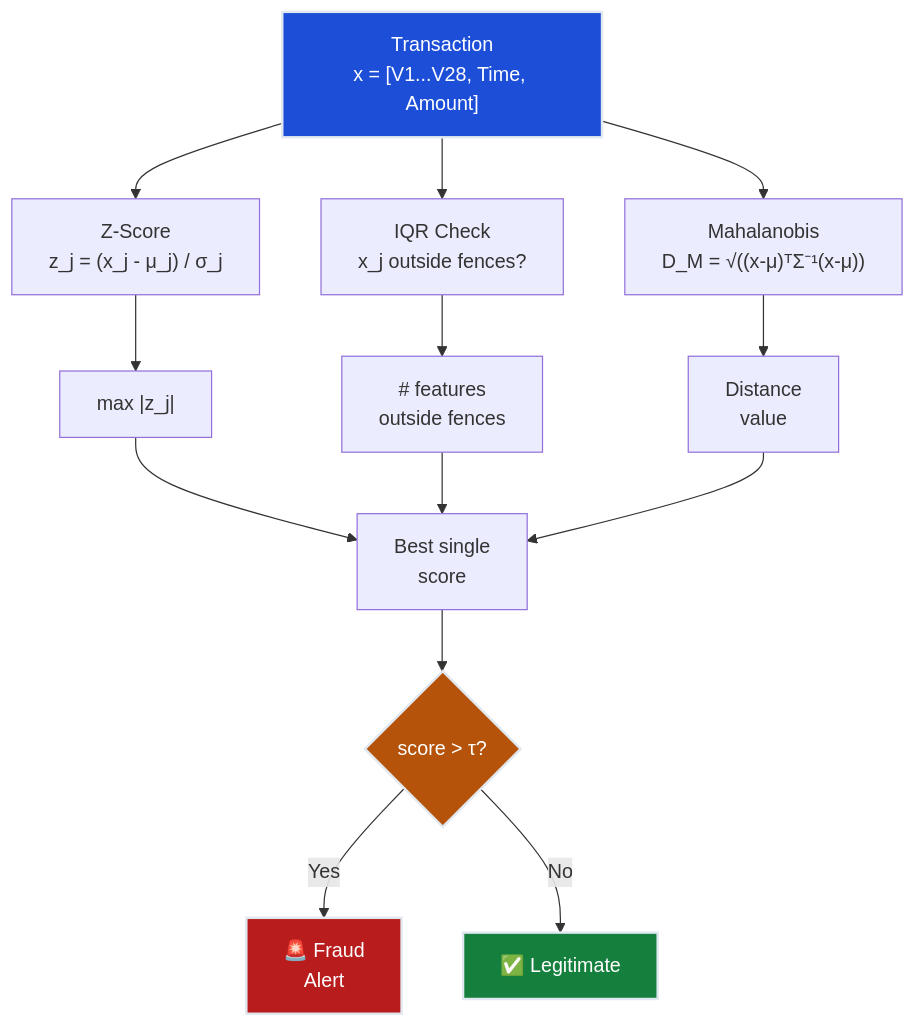
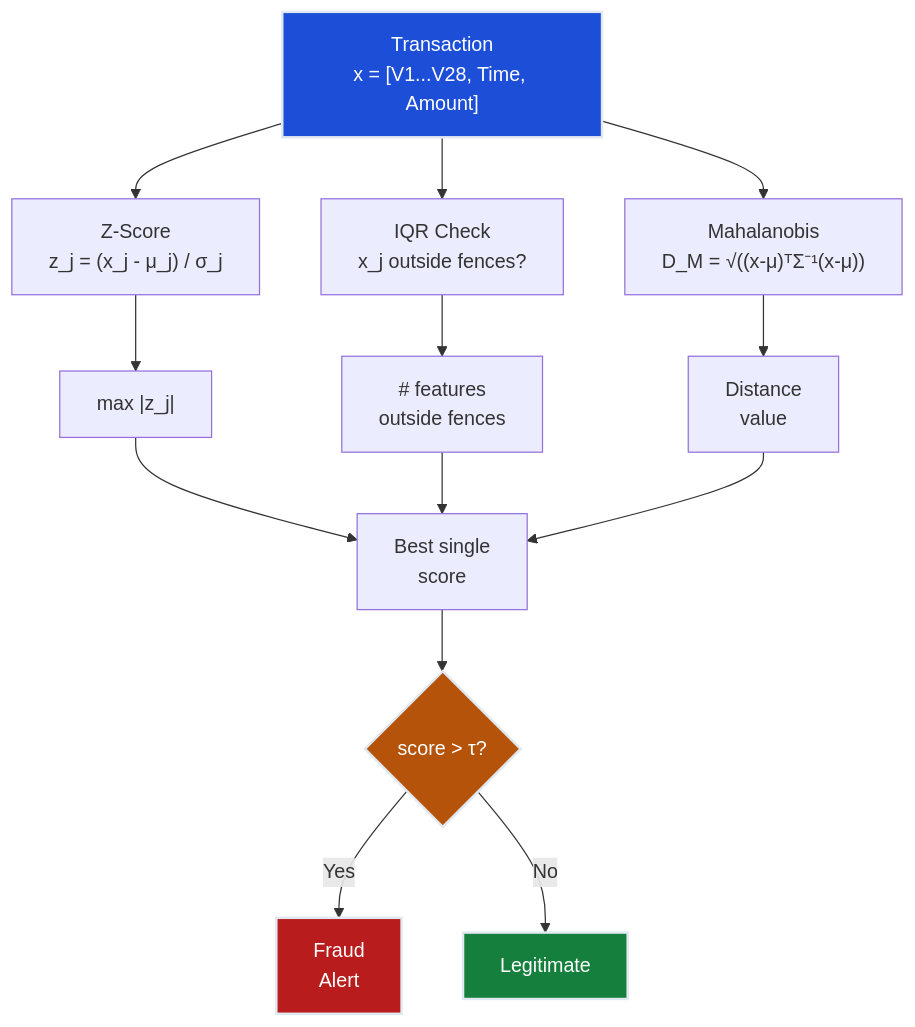
Before and after one commit to deepakshamsft/ai-portfolio: the second of 3 diagrams in notes/ML/05-AnomalyDetection/ch01-statistical-methods/README.md, drawn with Mermaid. The commit also changed other lines of this file and 50 other files, not shown here.

````diff
--- a/notes/ML/05-AnomalyDetection/ch01-statistical-methods/README.md
+++ b/notes/ML/05-AnomalyDetection/ch01-statistical-methods/README.md
@@ -230,23 +230,23 @@
 ```mermaid
 flowchart TD
     TX["Transaction\nx = [V1...V28, Time, Amount]"] --> Z["Z-Score\nz_j = (x_j - μ_j) / σ_j"]
     TX --> IQR["IQR Check\nx_j outside fences?"]
     TX --> MAH["Mahalanobis\nD_M = √((x-μ)ᵀΣ⁻¹(x-μ))"]
 
     Z --> MAXZ["max |z_j|"]
     IQR --> COUNT["# features\noutside fences"]
     MAH --> DIST["Distance\nvalue"]
 
     MAXZ --> COMBINE["Best single\nscore"]
     COUNT --> COMBINE
     DIST --> COMBINE
 
     COMBINE --> THRESHOLD{"score > τ?"}
-    THRESHOLD -->|"Yes"| FRAUD["🚨 Fraud\nAlert"]
-    THRESHOLD -->|"No"| LEGIT["✅ Legitimate"]
+    THRESHOLD -->|"Yes"| FRAUD["Fraud\nAlert"]
+    THRESHOLD -->|"No"| LEGIT["Legitimate"]
 
     style TX fill:#1d4ed8,stroke:#e2e8f0,stroke-width:2px,color:#ffffff
     style FRAUD fill:#b91c1c,stroke:#e2e8f0,stroke-width:2px,color:#ffffff
     style LEGIT fill:#15803d,stroke:#e2e8f0,stroke-width:2px,color:#ffffff
     style THRESHOLD fill:#b45309,stroke:#e2e8f0,stroke-width:2px,color:#ffffff
 ```
````
